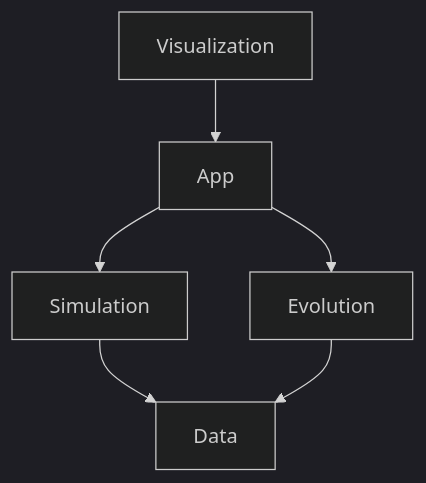
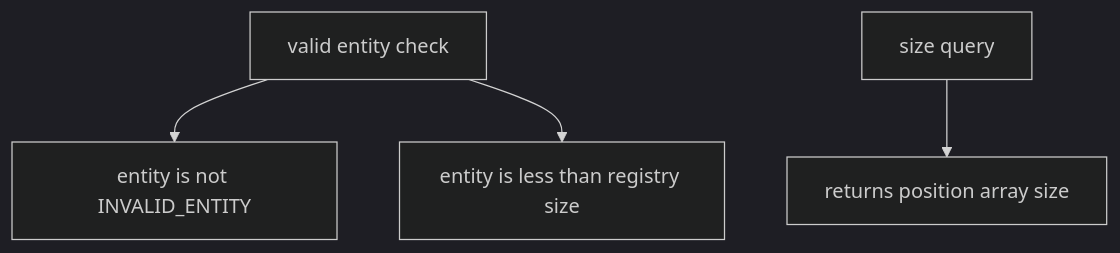
One commit to oguzhanozkaya/moonai changed the ninth of 31 diagrams in docs/internals/architecture.md. Above: the diagram before and after it, drawn with Mermaid (dark theme). The commit also changed other lines of this file and 1 other file, not shown here.

Commit message:
docs: architecture

````diff
--- a/docs/internals/architecture.md
+++ b/docs/internals/architecture.md
@@ -29,8 +281,6 @@
 ```mermaid
 flowchart TB
-    Viz[Visualization] --> App
-    App --> Sim[Simulation]
-    App --> Ev[Evolution]
-    Sim --> Data
-    Ev --> Data
+  Valid[valid entity check] --> Expr1[entity is not INVALID_ENTITY]
+  Valid --> Expr2[entity is less than registry size]
+  Size[size query] --> Expr3[returns position array size]
 ```
````
